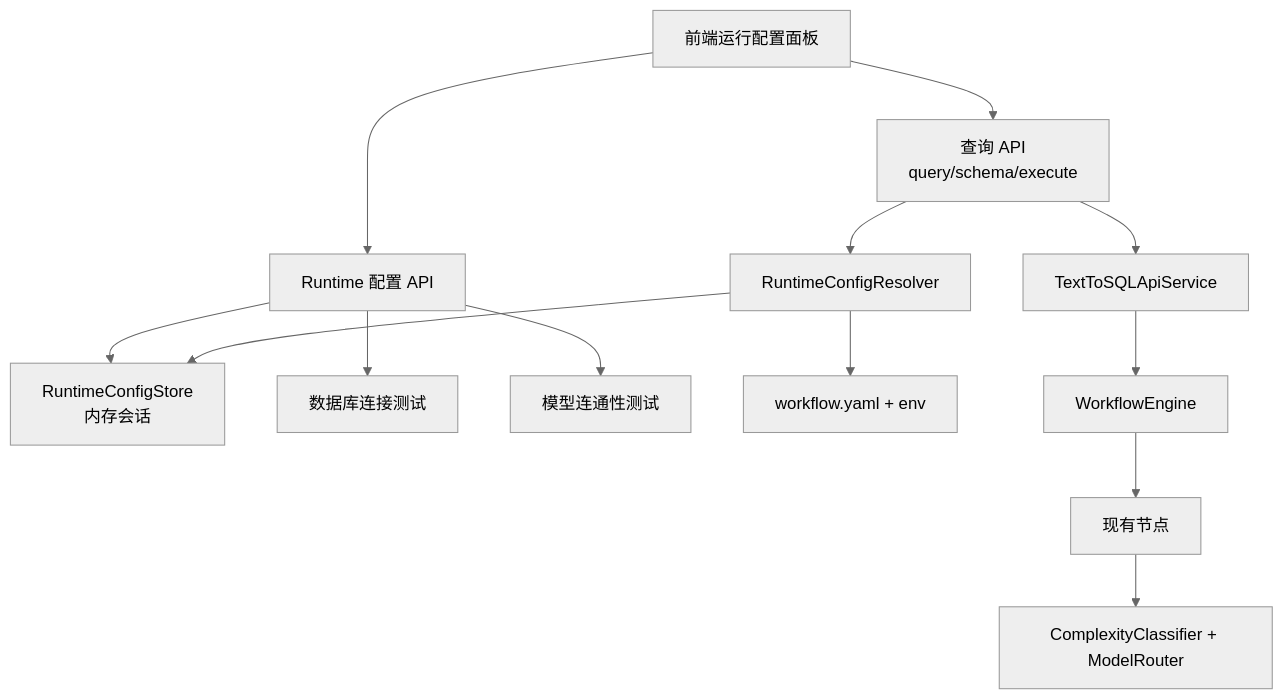
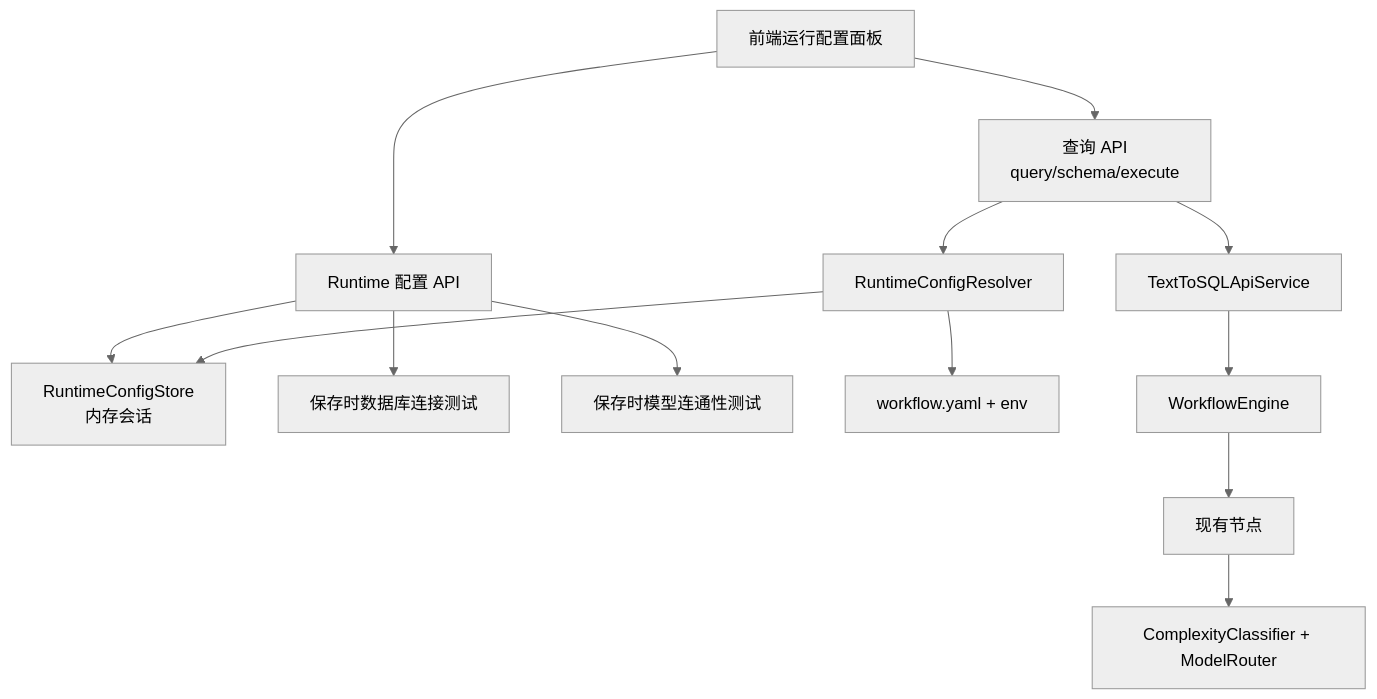
Before and after one commit to lingyunjie321/text-to-sql-lite: the diagram in docs/运行时数据库与模型路由配置方案.md, drawn with Mermaid (neutral theme). The commit also changed other lines of this file and 10 other files, not shown here.

````diff
--- a/docs/运行时数据库与模型路由配置方案.md
+++ b/docs/运行时数据库与模型路由配置方案.md
@@ -38,17 +38,17 @@
 ```mermaid
 flowchart TD
   UI["前端运行配置面板"] --> ConfigAPI["Runtime 配置 API"]
   ConfigAPI --> Store["RuntimeConfigStore\n内存会话"]
-  ConfigAPI --> DBTest["数据库连接测试"]
-  ConfigAPI --> ModelTest["模型连通性测试"]
+  ConfigAPI --> DBTest["保存时数据库连接测试"]
+  ConfigAPI --> ModelTest["保存时模型连通性测试"]
 
   UI --> QueryAPI["查询 API\nquery/schema/execute"]
   QueryAPI --> Resolver["RuntimeConfigResolver"]
   Resolver --> Store
   Resolver --> StaticConfig["workflow.yaml + env"]
 
   QueryAPI --> Service["TextToSQLApiService"]
   Service --> Engine["WorkflowEngine"]
   Engine --> Nodes["现有节点"]
   Nodes --> Router["ComplexityClassifier + ModelRouter"]
 ```
````
